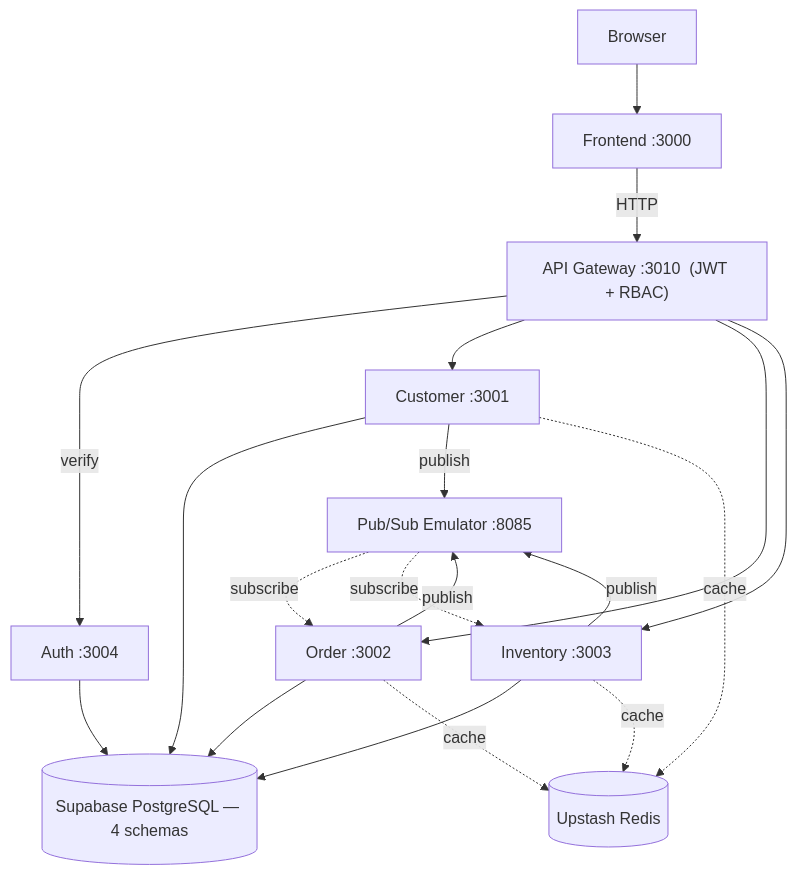
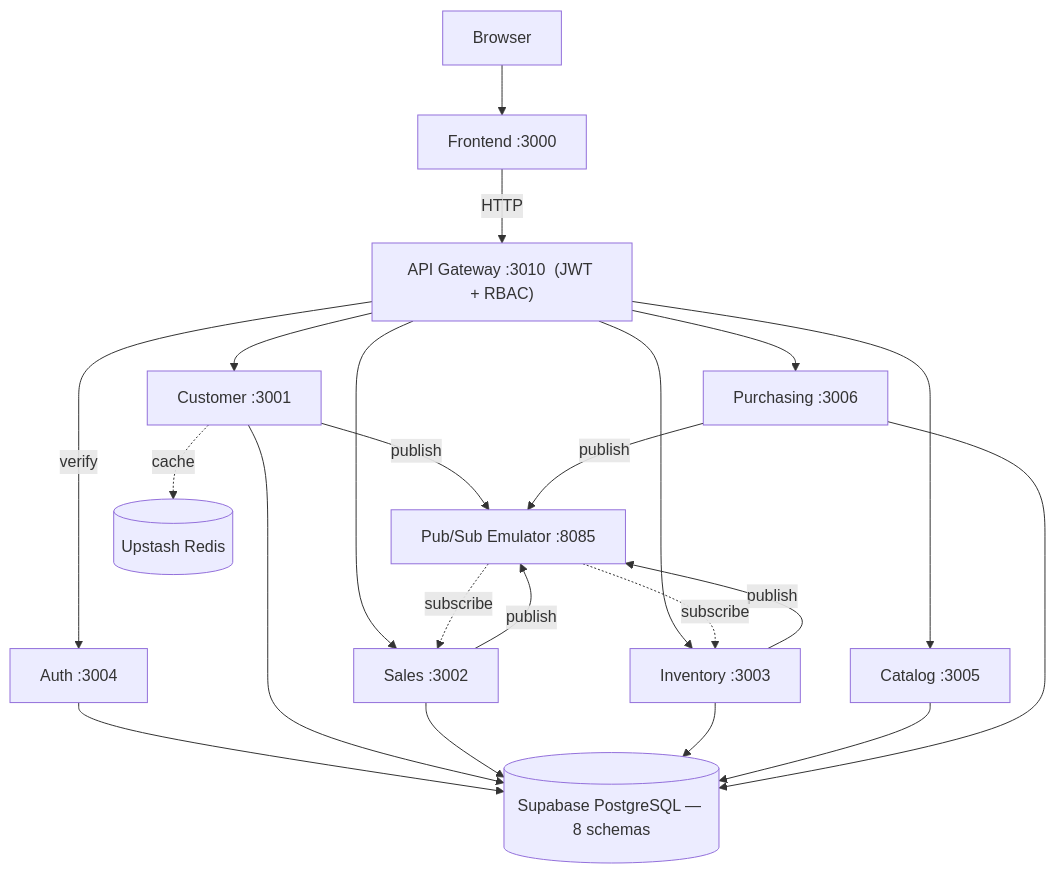
The first of 7 diagrams in docs/architecture/system-overview.md (ndmthuan97/ERP-Prototype-Example), drawn with Mermaid before and after one commit. The commit also changed other lines of this file and 160 other files, not shown here.

Commit message:
feat: initialize ERP prototype project architecture, backend microservices, and frontend foundations with extensive documentation

````diff
--- a/docs/architecture/system-overview.md
+++ b/docs/architecture/system-overview.md
@@ -12,39 +20,44 @@
 ```mermaid
 flowchart TB
     Browser["Browser"]
     FE["Frontend :3000"]
     GW["API Gateway :3010  (JWT + RBAC)"]
 
     Auth["Auth :3004"]
     Cust["Customer :3001"]
-    Ord["Order :3002"]
+    Ord["Sales :3002"]
     Inv["Inventory :3003"]
+    Cat["Catalog :3005"]
+    Pur["Purchasing :3006"]
 
-    DB[("Supabase PostgreSQL — 4 schemas")]
+    DB[("Supabase PostgreSQL — 8 schemas")]
     PS["Pub/Sub Emulator :8085"]
     RD[("Upstash Redis")]
 
     Browser --> FE
     FE -- "HTTP" --> GW
 
     GW -- "verify" --> Auth
     GW --> Cust
     GW --> Ord
     GW --> Inv
+    GW --> Cat
+    GW --> Pur
 
     Auth --> DB
     Cust --> DB
     Ord --> DB
     Inv --> DB
+    Cat --> DB
+    Pur --> DB
 
     Cust -- "publish" --> PS
     Ord -- "publish" --> PS
     Inv -- "publish" --> PS
+    Pur -- "publish" --> PS
 
     PS -. "subscribe" .-> Ord
     PS -. "subscribe" .-> Inv
 
     Cust -. "cache" .-> RD
-    Ord -. "cache" .-> RD
-    Inv -. "cache" .-> RD
 ```
````
